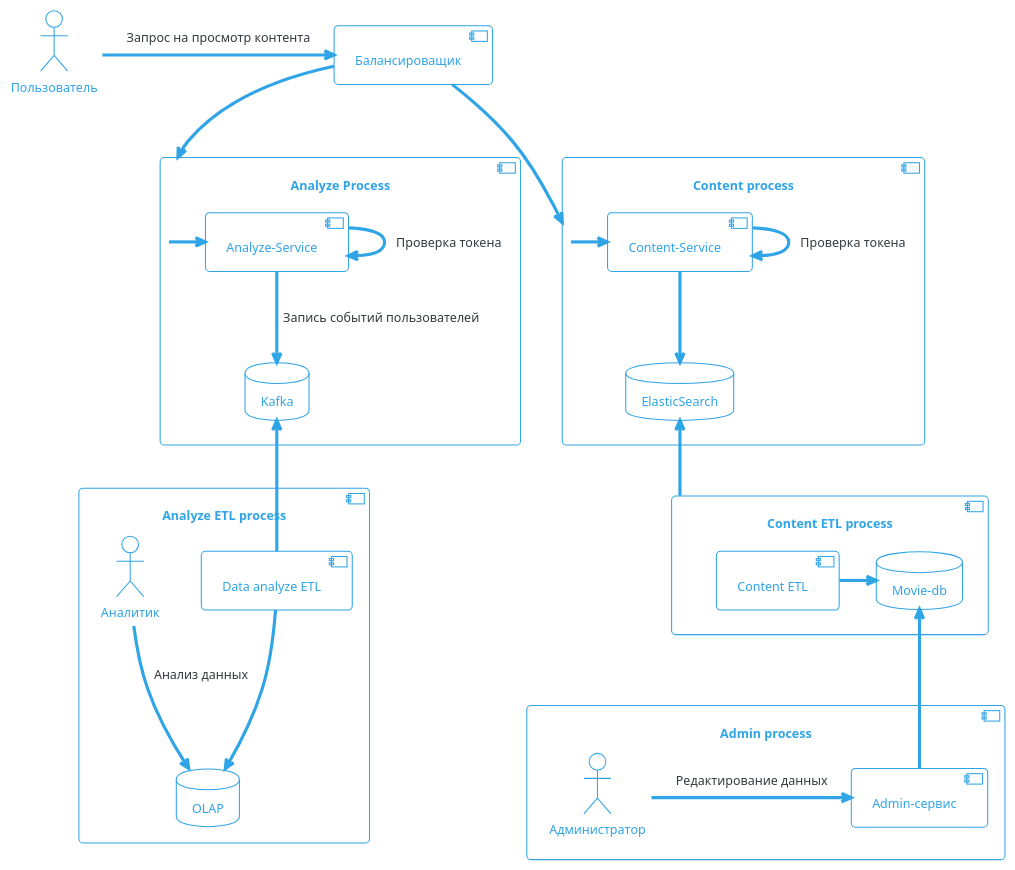
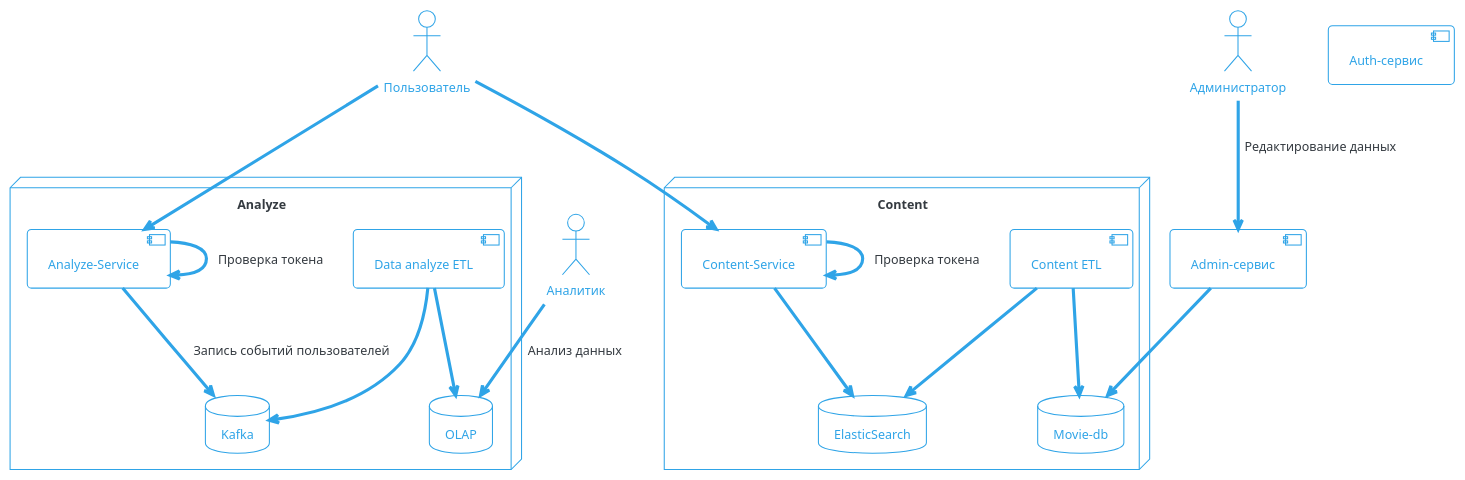
One commit to likeinlife-Yandex-Practicum/ugc1 changed the diagram in process.puml. Above: the diagram before and after it, drawn with PlantUML. The commit also changed 2 other files, not shown here.

```diff
--- a/process.puml
+++ b/process.puml
@@ -1,61 +1,46 @@
 @startuml ugc
 !theme cerulean-outline
 
 skinparam sequence {
     MaxMessageSize 2
     MessageAlign center
 }
 
 actor "Пользователь" as user 
-component "Балансироващик" as balancer
+actor "Администратор" as admin
+actor "Аналитик" as analyst 
 
+component "Admin-сервис" as admin_panel
+component "Auth-сервис" as auth_service
 
-component "Content process" as content_process {
+node "Content" {
     component "Content-Service" as content_service
+    component "Content ETL" as content_etl 
     database "ElasticSearch" as elastic
+    database "Movie-db" as movie_db 
 }
 
-component "Admin process" as admin_process {
-    actor "Администратор" as admin
-    component "Admin-сервис" as admin_panel
-}
-
-component "Content ETL process" as content_etl_process {
-    database "Movie-db" as movie_db 
-    component "Content ETL" as etl 
-}
-
-component "Analyze ETL process" as analyze_etl_process {
+node "Analyze" as analyze_etl_process {
     database "OLAP" as olap
     component "Data analyze ETL" as analyze_etl
-    actor "Аналитик" as analyst 
-}
-
-component "Analyze Process" as analyze_process {
     component "Analyze-Service" as analyze_api
     database "Kafka" as kafka
 }
 
-
-user -right-> balancer: Запрос на просмотр контента
-
-balancer --> analyze_process
-analyze_process -> analyze_api
-analyze_api -> analyze_api: Проверка токена
+user --> analyze_api
+analyze_api --> analyze_api: Проверка токена
 analyze_api --> kafka: Запись событий пользователей
 
-analyze_etl -up-> kafka
+analyze_etl --> kafka
 analyze_etl --> olap 
 analyst --> olap: Анализ данных
 
-balancer --> content_process
-content_process -> content_service
-content_service -> content_service: Проверка токена
-content_service -down-> elastic
-admin -right-> admin_panel: Редактирование данных
-admin_panel -up-> movie_db 
+user --> content_service
+content_service --> content_service: Проверка токена
+content_service --> elastic
+admin --> admin_panel: Редактирование данных
+admin_panel --> movie_db 
 
-etl -> movie_db 
-content_etl_process -up-> elastic
-
+content_etl --> movie_db 
+content_etl --> elastic 
 @enduml
```
